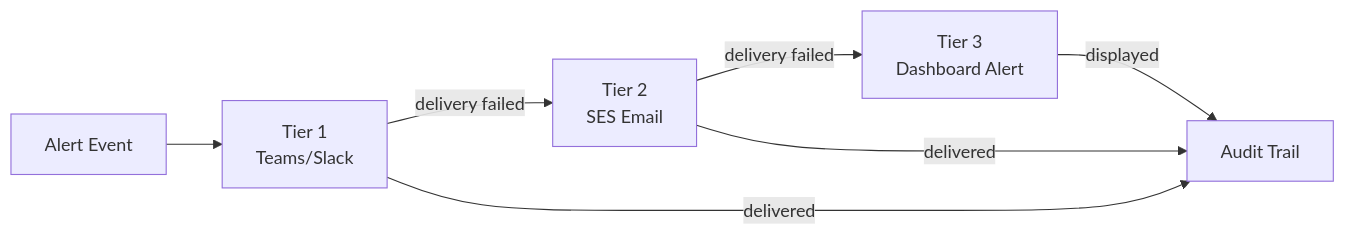
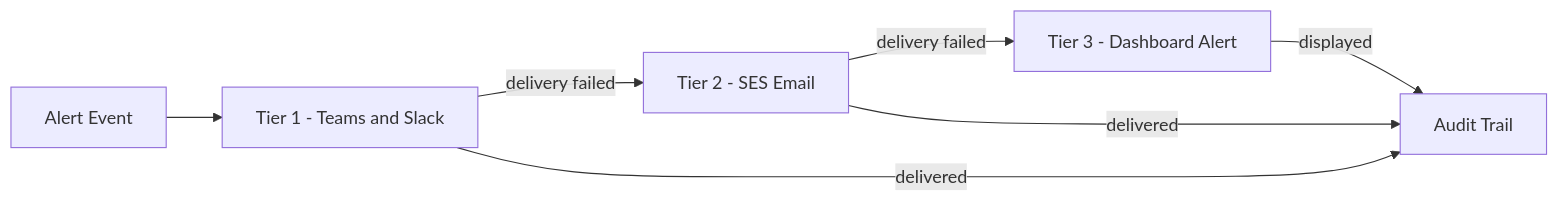
The fifth of 7 diagrams in docs/architecture/system-map.md (mrogers1-dot/ODOT-AWS-ForgeAdmin), drawn with Mermaid before and after one commit. The commit also changed other lines of this file, not shown here.

Commit message:
docs: add updated documentation for diagrams

````diff
--- a/docs/architecture/system-map.md
+++ b/docs/architecture/system-map.md
@@ -371,9 +362,9 @@
 ```mermaid
 graph LR
-    EVENT[Alert Event] --> T1[Tier 1<br/>Teams/Slack]
-    T1 -->|delivery failed| T2[Tier 2<br/>SES Email]
-    T2 -->|delivery failed| T3[Tier 3<br/>Dashboard Alert]
-    T3 -->|displayed| AUDIT[Audit Trail]
-    T1 -->|delivered| AUDIT
-    T2 -->|delivered| AUDIT
+    EVENT["Alert Event"] --> T1["Tier 1 - Teams and Slack"]
+    T1 -->|"delivery failed"| T2["Tier 2 - SES Email"]
+    T2 -->|"delivery failed"| T3["Tier 3 - Dashboard Alert"]
+    T3 -->|"displayed"| AUDIT["Audit Trail"]
+    T1 -->|"delivered"| AUDIT
+    T2 -->|"delivered"| AUDIT
 ```
````
